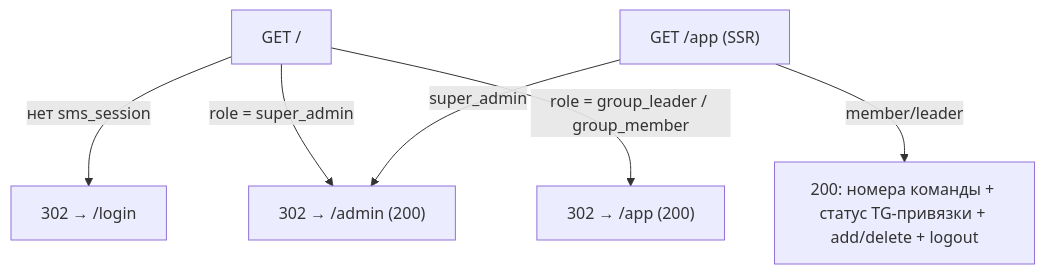
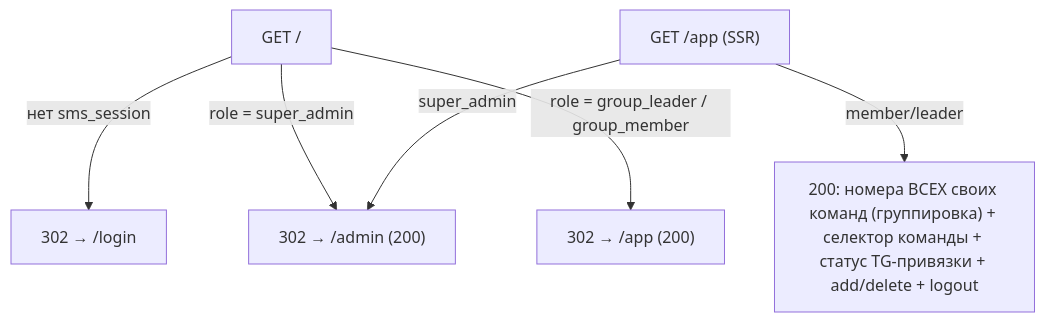
Before and after one commit to eliseiv/sms-agregator: the fourth of 4 diagrams in docs/03-architecture.md, drawn with Mermaid. The commit also changed other lines of this file and 36 other files, not shown here.

````diff
--- a/docs/03-architecture.md
+++ b/docs/03-architecture.md
@@ -215,8 +228,8 @@
 ```mermaid
 flowchart TD
     Root["GET /"] -->|нет sms_session| Login["302 → /login"]
     Root -->|role = super_admin| Admin["302 → /admin (200)"]
     Root -->|role = group_leader / group_member| App["302 → /app (200)"]
-    AppPage["GET /app (SSR)"] -->|member/leader| Render["200: номера команды + статус TG-привязки + add/delete + logout"]
+    AppPage["GET /app (SSR)"] -->|member/leader| Render["200: номера ВСЕХ своих команд (группировка) + селектор команды + статус TG-привязки + add/delete + logout"]
     AppPage -->|super_admin| Admin
 ```
````
